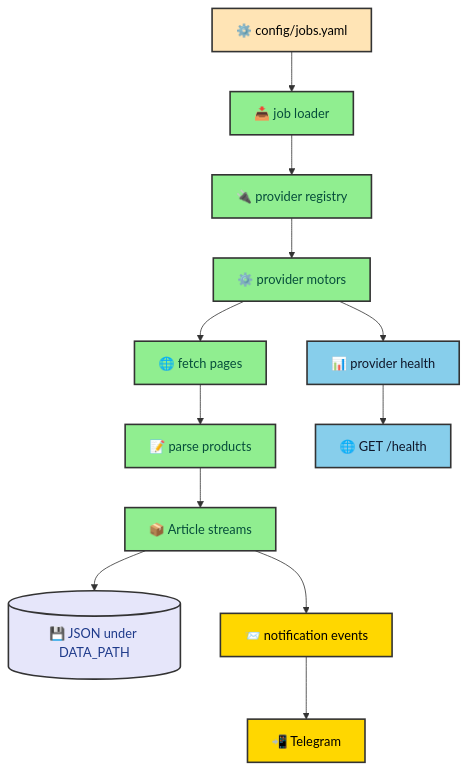
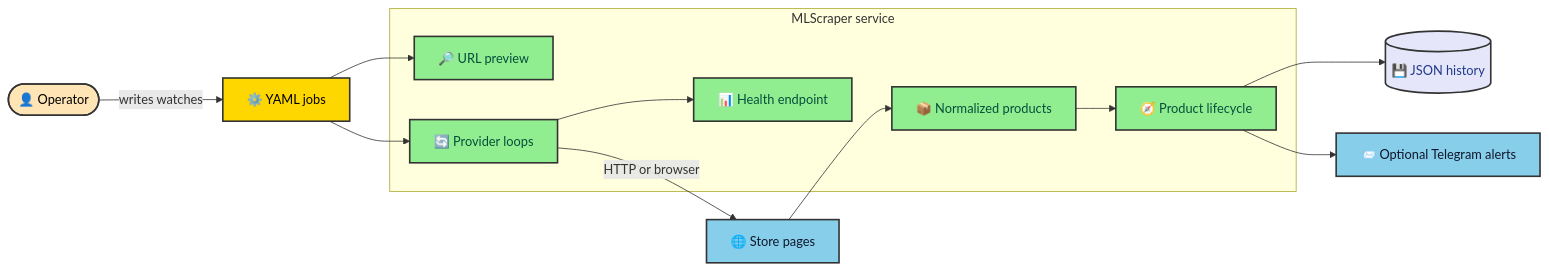
One commit to duranalberto/albertoduran changed the diagram in src/thejournal/mlscraper/index.mdx. Above: the diagram before and after it, drawn with Mermaid. The commit also changed other lines of this file and 76 other files, not shown here.

````diff
--- a/src/thejournal/mlscraper/index.mdx
+++ b/src/thejournal/mlscraper/index.mdx
@@ -22,26 +34,33 @@
 ```mermaid
-flowchart TD
-    Config[⚙️ config/jobs.yaml] --> Loader[📥 job loader]
-    Loader --> Registry[🔌 provider registry]
-    Registry --> Motors[⚙️ provider motors]
-    Motors --> Fetch[🌐 fetch pages]
-    Fetch --> Parse[📝 parse products]
-    Parse --> State[📦 Article streams]
-    State --> Persist[(💾 JSON under DATA_PATH)]
-    State --> Notify[📨 notification events]
-    Notify --> Telegram[📲 Telegram]
-    Motors --> Health[📊 provider health]
-    Health --> Endpoint[🌐 GET /health]
+graph LR
+    Operator([👤 Operator]) -->|writes watches| Jobs[⚙️ YAML jobs]
 
-    classDef config fill:#FFE4B5,stroke:#333,stroke-width:2px,color:#000
-    classDef process fill:#90EE90,stroke:#333,stroke-width:2px,color:#064E3B
+    subgraph MLS[MLScraper service]
+        Preview[🔎 URL preview]
+        Runtime[🔄 Provider loops]
+        Normalize[📦 Normalized products]
+        Lifecycle[🧭 Product lifecycle]
+        Health[📊 Health endpoint]
+    end
+
+    Jobs --> Preview
+    Jobs --> Runtime
+    Runtime -->|HTTP or browser| Stores[🌐 Store pages]
+    Stores --> Normalize
+    Normalize --> Lifecycle
+    Lifecycle --> History[(💾 JSON history)]
+    Lifecycle --> Alerts[📨 Optional Telegram alerts]
+    Runtime --> Health
+
+    classDef actor fill:#FFE4B5,stroke:#333,stroke-width:2px,color:#000
+    classDef config fill:#FFD700,stroke:#333,stroke-width:2px,color:#000
+    classDef service fill:#90EE90,stroke:#333,stroke-width:2px,color:#064E3B
+    classDef external fill:#87CEEB,stroke:#333,stroke-width:2px,color:#0F172A
     classDef data fill:#E6E6FA,stroke:#333,stroke-width:2px,color:#1E3A8A
-    classDef output fill:#87CEEB,stroke:#333,stroke-width:2px,color:#0F172A
-    classDef notify fill:#FFD700,stroke:#333,stroke-width:2px,color:#000
 
-    class Config config
-    class Loader,Registry,Motors,Fetch,Parse,State process
-    class Persist data
-    class Notify,Telegram notify
-    class Health,Endpoint output
+    class Operator actor
+    class Jobs config
+    class Preview,Runtime,Normalize,Lifecycle,Health service
+    class Stores,Alerts external
+    class History data
 ```
````
